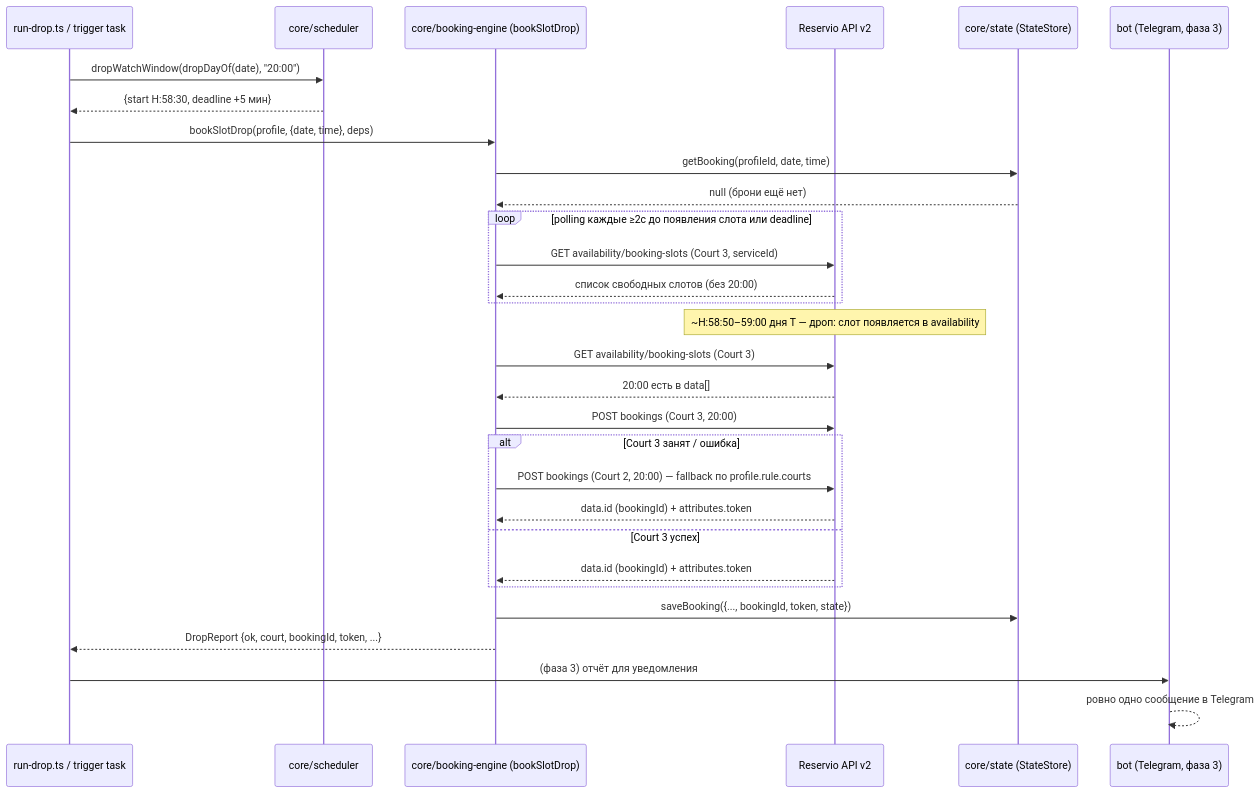
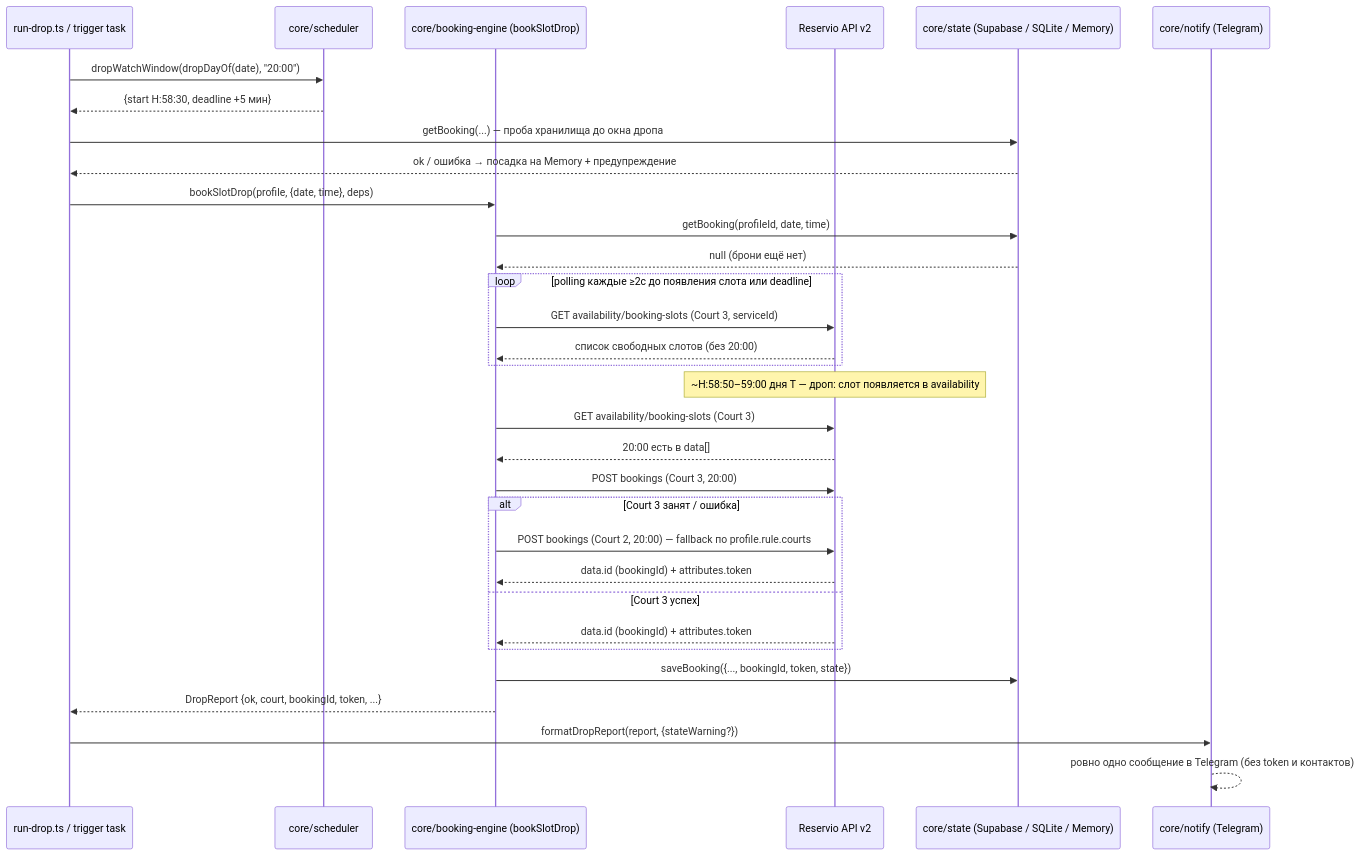
Before and after one commit to ilyanosovsky/reservio-bot: the diagram in docs/wiki/Architecture.md, drawn with Mermaid. The commit also changed other lines of this file and 71 other files, not shown here.

First line of the commit message:
Фаза 3/4 (облачный дроп): Supabase state, Telegram-отчёты, боевой trigger.dev таск

````diff
--- a/docs/wiki/Architecture.md
+++ b/docs/wiki/Architecture.md
@@ -156,36 +220,38 @@
 ```mermaid
 sequenceDiagram
     participant CLI as run-drop.ts / trigger task
     participant Scheduler as core/scheduler
     participant Engine as core/booking-engine (bookSlotDrop)
     participant API as Reservio API v2
-    participant State as core/state (StateStore)
-    participant Bot as bot (Telegram, фаза 3)
+    participant State as core/state (Supabase / SQLite / Memory)
+    participant Notify as core/notify (Telegram)
 
     CLI->>Scheduler: dropWatchWindow(dropDayOf(date), "20:00")
     Scheduler-->>CLI: {start H:58:30, deadline +5 мин}
+    CLI->>State: getBooking(...) — проба хранилища до окна дропа
+    State-->>CLI: ok / ошибка → посадка на Memory + предупреждение
     CLI->>Engine: bookSlotDrop(profile, {date, time}, deps)
     Engine->>State: getBooking(profileId, date, time)
     State-->>Engine: null (брони ещё нет)
 
     loop polling каждые ≥2с до появления слота или deadline
         Engine->>API: GET availability/booking-slots (Court 3, serviceId)
         API-->>Engine: список свободных слотов (без 20:00)
     end
 
     Note over API: ~H:58:50–59:00 дня T — дроп: слот появляется в availability
 
     Engine->>API: GET availability/booking-slots (Court 3)
     API-->>Engine: 20:00 есть в data[]
     Engine->>API: POST bookings (Court 3, 20:00)
     alt Court 3 занят / ошибка
         Engine->>API: POST bookings (Court 2, 20:00) — fallback по profile.rule.courts
         API-->>Engine: data.id (bookingId) + attributes.token
     else Court 3 успех
         API-->>Engine: data.id (bookingId) + attributes.token
     end
     Engine->>State: saveBooking({..., bookingId, token, state})
     Engine-->>CLI: DropReport {ok, court, bookingId, token, ...}
-    CLI->>Bot: (фаза 3) отчёт для уведомления
-    Bot-->>Bot: ровно одно сообщение в Telegram
+    CLI->>Notify: formatDropReport(report, {stateWarning?})
+    Notify-->>Notify: ровно одно сообщение в Telegram (без token и контактов)
 ```
````
